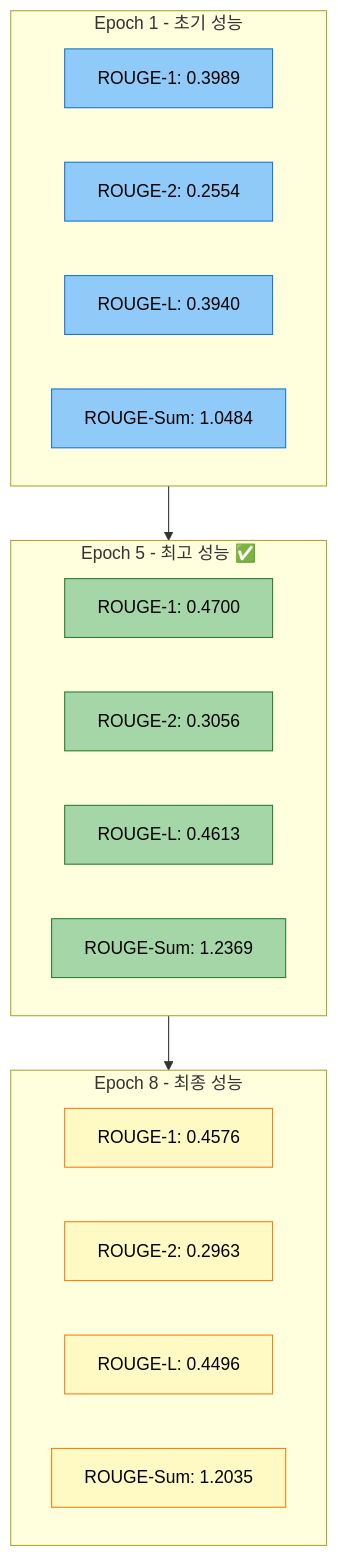
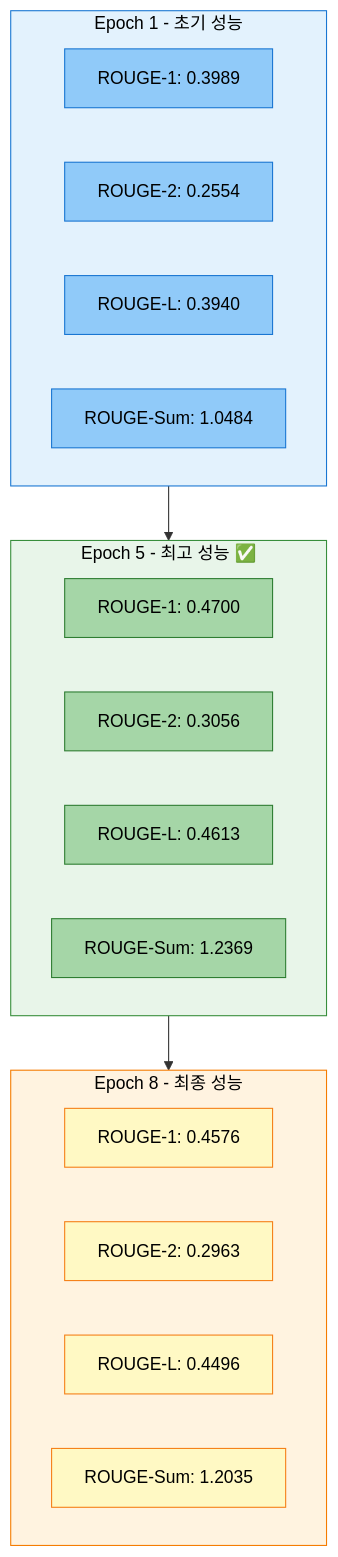
One commit to AIBootcamp14/naturallanguageprocessingcompetition-nlp-1 changed the fifth of 15 diagrams in docs/experiments/20251013_111525_strategy1_kobart_optimized_실험분석.md. Above: the diagram before and after it, drawn with Mermaid. The commit also changed other lines of this file, not shown here.

First line of the commit message:
fix: mermaid 다이어그램 스타일 완전 수정

````diff
--- a/docs/experiments/20251013_111525_strategy1_kobart_optimized_실험분석.md
+++ b/docs/experiments/20251013_111525_strategy1_kobart_optimized_실험분석.md
@@ -244,41 +262,45 @@
 ```mermaid
 graph TB
     subgraph Epoch1["Epoch 1 - 초기 성능"]
         E1R1[ROUGE-1: 0.3989]
         E1R2[ROUGE-2: 0.2554]
         E1RL[ROUGE-L: 0.3940]
         E1SUM[ROUGE-Sum: 1.0484]
     end
 
     subgraph Epoch5["Epoch 5 - 최고 성능 ✅"]
         E5R1[ROUGE-1: 0.4700]
         E5R2[ROUGE-2: 0.3056]
         E5RL[ROUGE-L: 0.4613]
         E5SUM[ROUGE-Sum: 1.2369]
     end
 
     subgraph Epoch8["Epoch 8 - 최종 성능"]
         E8R1[ROUGE-1: 0.4576]
         E8R2[ROUGE-2: 0.2963]
         E8RL[ROUGE-L: 0.4496]
         E8SUM[ROUGE-Sum: 1.2035]
     end
 
     Epoch1 --> Epoch5
     Epoch5 --> Epoch8
 
+    style Epoch1 fill:#e3f2fd,stroke:#1976d2,color:#000
+    style Epoch5 fill:#e8f5e9,stroke:#388e3c,color:#000
+    style Epoch8 fill:#fff3e0,stroke:#f57c00,color:#000
+
     style E1R1 fill:#90caf9,stroke:#1976d2,color:#000
     style E1R2 fill:#90caf9,stroke:#1976d2,color:#000
     style E1RL fill:#90caf9,stroke:#1976d2,color:#000
     style E1SUM fill:#90caf9,stroke:#1976d2,color:#000
 
     style E5R1 fill:#a5d6a7,stroke:#2e7d32,color:#000
     style E5R2 fill:#a5d6a7,stroke:#2e7d32,color:#000
     style E5RL fill:#a5d6a7,stroke:#2e7d32,color:#000
     style E5SUM fill:#a5d6a7,stroke:#2e7d32,color:#000
 
     style E8R1 fill:#fff9c4,stroke:#f57f17,color:#000
     style E8R2 fill:#fff9c4,stroke:#f57f17,color:#000
     style E8RL fill:#fff9c4,stroke:#f57f17,color:#000
     style E8SUM fill:#fff9c4,stroke:#f57f17,color:#000
 ```
````
